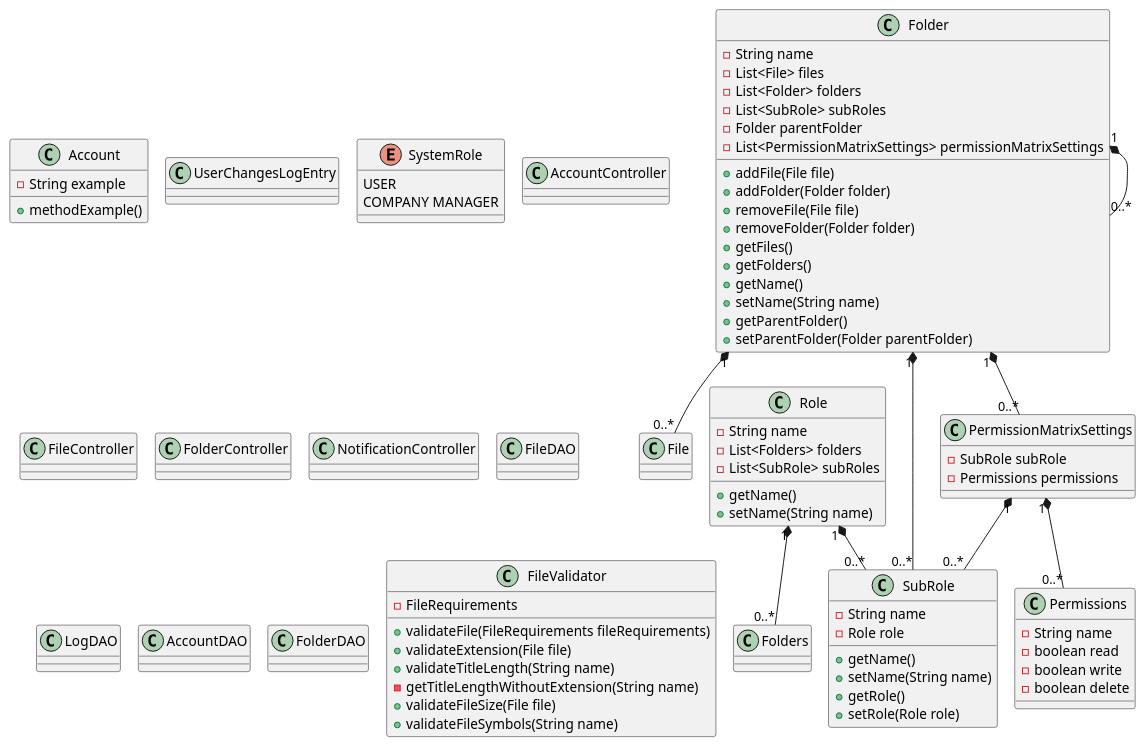
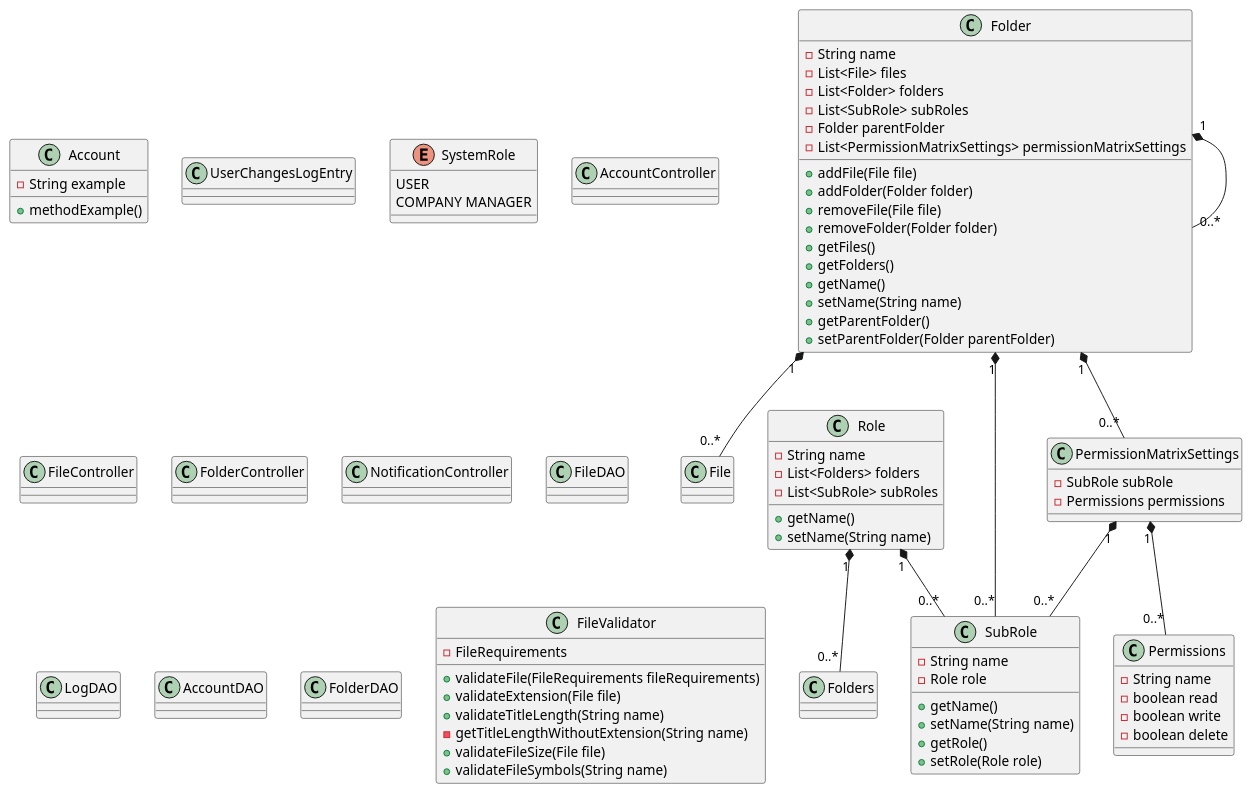
One commit to badranyoussef/businest changed the diagram in backend/documentation/classDiagram.puml. Above: the diagram before and after it, drawn with PlantUML. The commit also changed other lines of this file and 7 other files, not shown here.

```diff
--- a/backend/documentation/classDiagram.puml
+++ b/backend/documentation/classDiagram.puml
@@ -1,105 +4,104 @@
 @startuml
-'https://plantuml.com/class-diagram
 
 '----- Entities -----
 class Account
 class File
 class Role {
     - String name
     - List<Folders> folders
     - List<SubRole> subRoles
     + getName()
     + setName(String name)
 }
 class SubRole {
     - String name
     - Role role
     + getName()
     + setName(String name)
     + getRole()
     + setRole(Role role)
 }
 class PermissionMatrixSettings {
     - SubRole subRole
     - Permissions permissions
     }
 class Permissions {
     - String name
     - boolean read
     - boolean write
     - boolean delete
 }
 
 class Folder {
     - String name
     - List<File> files
     - List<Folder> folders
     - List<SubRole> subRoles
     - Folder parentFolder
     - List<PermissionMatrixSettings> permissionMatrixSettings
     + addFile(File file)
     + addFolder(Folder folder)
     + removeFile(File file)
     + removeFolder(Folder folder)
     + getFiles()
     + getFolders()
     + getName()
     + setName(String name)
     + getParentFolder()
     + setParentFolder(Folder parentFolder)
 }
 class UserChangesLogEntry
 enum SystemRole {
     USER
     COMPANY MANAGER
 }
 
 '----- Controllers -----
 class AccountController
 class FileController
 class FolderController
 class NotificationController
 
 '----- DAOs -----
 class FileDAO
 class LogDAO
 class AccountDAO
 class FolderDAO
 
 class FileValidator {
     - FileRequirements
     + validateFile(FileRequirements fileRequirements)
     + validateExtension(File file)
     + validateTitleLength(String name)
     - getTitleLengthWithoutExtension(String name)
     + validateFileSize(File file)
     + validateFileSymbols(String name)
 
 }
 
 
 'List <|-- AbstractList
 'Collection <|-- AbstractCollection
 
 'Collection <|- List
 'AbstractCollection <|- AbstractList
 'AbstractList <|-- ArrayList
 
 class Account {
     - String example
     + methodExample()
 }
 
 '----- Relations -----
 Folder "1" *-- "0..*" File
 Folder "1" *-- "0..*" Folder
 Folder "1" *-- "0..*" SubRole
 Folder "1" *-- "0..*" PermissionMatrixSettings
 Role "1" *-- "0..*" Folders
 Role "1" *-- "0..*" SubRole
 PermissionMatrixSettings "1" *-- "0..*" Permissions
 PermissionMatrixSettings "1" *-- "0..*" SubRole
 
 
-!pragma layout smetana
+'!pragma layout smetana
 @enduml
```
